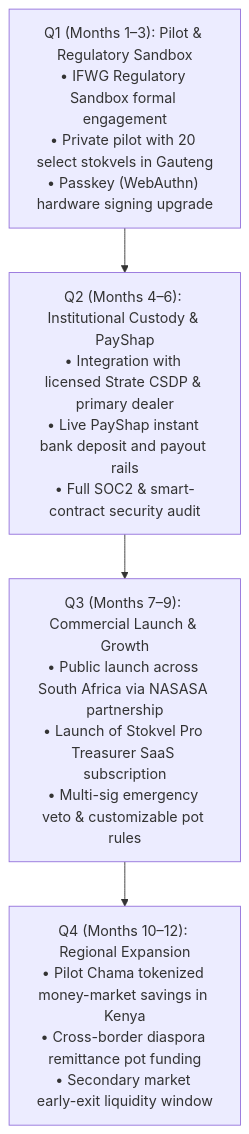
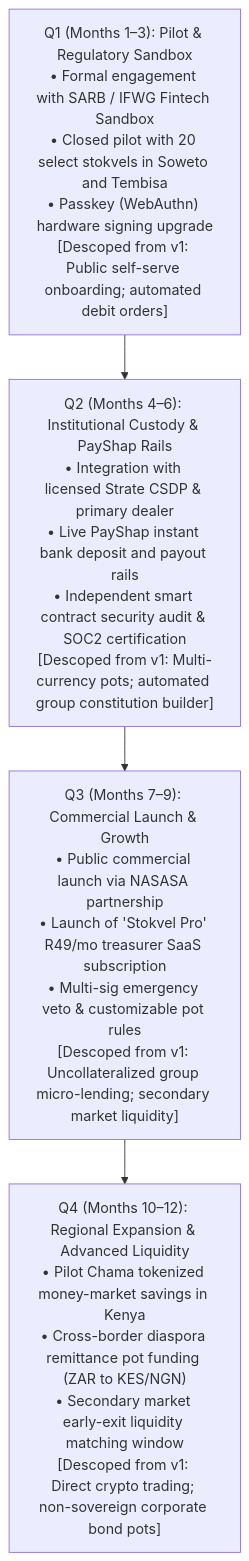
One commit to DyanCoded/StockOnChain changed the third of 3 diagrams in docs/MARKET.md. Above: the diagram before and after it, drawn with Mermaid. The commit also changed other lines of this file, not shown here.

Commit message:
docs(market): complete comprehensive market research, comparative matrix, and business case (B-01)

````diff
--- a/docs/MARKET.md
+++ b/docs/MARKET.md
@@ -147,8 +211,12 @@
 ```mermaid
 flowchart TD
-    Q1["Q1 (Months 1–3): Pilot & Regulatory Sandbox\n• IFWG Regulatory Sandbox formal engagement\n• Private pilot with 20 select stokvels in Gauteng\n• Passkey (WebAuthn) hardware signing upgrade"]
-    Q2["Q2 (Months 4–6): Institutional Custody & PayShap\n• Integration with licensed Strate CSDP & primary dealer\n• Live PayShap instant bank deposit and payout rails\n• Full SOC2 & smart-contract security audit"]
-    Q3["Q3 (Months 7–9): Commercial Launch & Growth\n• Public launch across South Africa via NASASA partnership\n• Launch of Stokvel Pro Treasurer SaaS subscription\n• Multi-sig emergency veto & customizable pot rules"]
-    Q4["Q4 (Months 10–12): Regional Expansion\n• Pilot Chama tokenized money-market savings in Kenya\n• Cross-border diaspora remittance pot funding\n• Secondary market early-exit liquidity window"]
+    Q1["Q1 (Months 1–3): Pilot & Regulatory Sandbox\n• Formal engagement with SARB / IFWG Fintech Sandbox\n• Closed pilot with 20 select stokvels in Soweto and Tembisa\n• Passkey (WebAuthn) hardware signing upgrade\n[Descoped from v1: Public self-serve onboarding; automated debit orders]"]
+    
+    Q2["Q2 (Months 4–6): Institutional Custody & PayShap Rails\n• Integration with licensed Strate CSDP & primary dealer\n• Live PayShap instant bank deposit and payout rails\n• Independent smart contract security audit & SOC2 certification\n[Descoped from v1: Multi-currency pots; automated group constitution builder]"]
+    
+    Q3["Q3 (Months 7–9): Commercial Launch & Growth\n• Public commercial launch via NASASA partnership\n• Launch of 'Stokvel Pro' R49/mo treasurer SaaS subscription\n• Multi-sig emergency veto & customizable pot rules\n[Descoped from v1: Uncollateralized group micro-lending; secondary market liquidity]"]
+    
+    Q4["Q4 (Months 10–12): Regional Expansion & Advanced Liquidity\n• Pilot Chama tokenized money-market savings in Kenya\n• Cross-border diaspora remittance pot funding (ZAR to KES/NGN)\n• Secondary market early-exit liquidity matching window\n[Descoped from v1: Direct crypto trading; non-sovereign corporate bond pots]"]
+
     Q1 --> Q2 --> Q3 --> Q4
 ```
````
